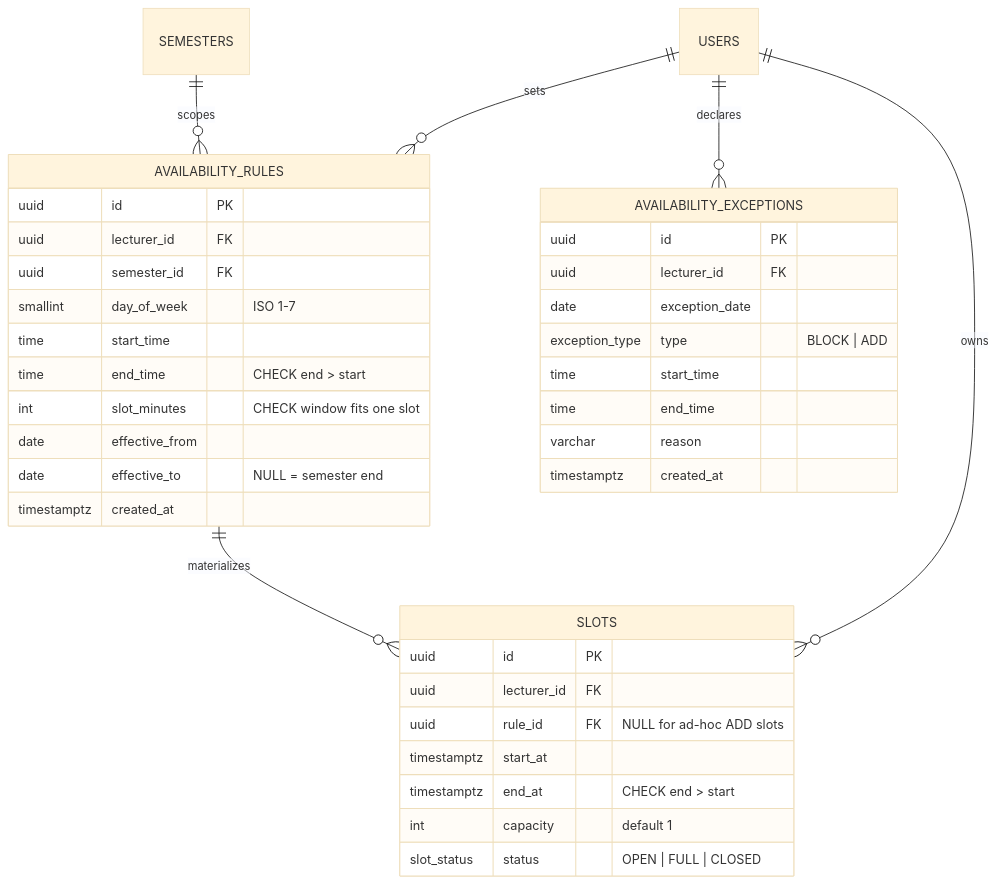
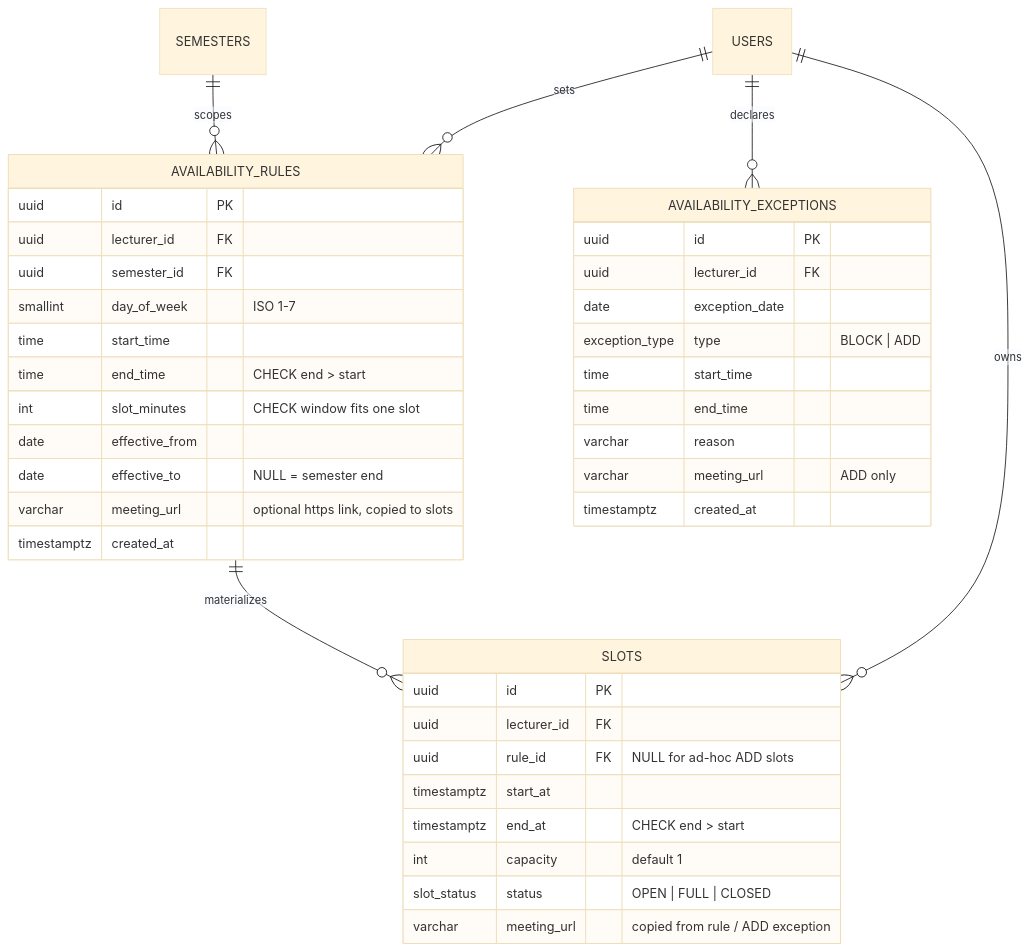
The third of 6 diagrams in docs/DB-SCHEMA-PROTOTYPE.md (thien-0408/office-hours), drawn with Mermaid (base theme) before and after one commit. The commit also changed other lines of this file and 9 other files, not shown here.

First line of the commit message:
docs: add meeting_url, UUID ids and error format to API and schema docs

````diff
--- a/docs/DB-SCHEMA-PROTOTYPE.md
+++ b/docs/DB-SCHEMA-PROTOTYPE.md
@@ -117,39 +117,42 @@
 ```mermaid
 erDiagram
     AVAILABILITY_RULES {
         uuid id PK
         uuid lecturer_id FK
         uuid semester_id FK
         smallint day_of_week "ISO 1-7"
         time start_time
         time end_time "CHECK end > start"
         int slot_minutes "CHECK window fits one slot"
         date effective_from
         date effective_to "NULL = semester end"
+        varchar meeting_url "optional https link, copied to slots"
         timestamptz created_at
     }
     AVAILABILITY_EXCEPTIONS {
         uuid id PK
         uuid lecturer_id FK
         date exception_date
         exception_type type "BLOCK | ADD"
         time start_time
         time end_time
         varchar reason
+        varchar meeting_url "ADD only"
         timestamptz created_at
     }
     SLOTS {
         uuid id PK
         uuid lecturer_id FK
         uuid rule_id FK "NULL for ad-hoc ADD slots"
         timestamptz start_at
         timestamptz end_at "CHECK end > start"
         int capacity "default 1"
         slot_status status "OPEN | FULL | CLOSED"
+        varchar meeting_url "copied from rule / ADD exception"
     }
     USERS ||--o{ AVAILABILITY_RULES : sets
     SEMESTERS ||--o{ AVAILABILITY_RULES : scopes
     USERS ||--o{ AVAILABILITY_EXCEPTIONS : declares
     AVAILABILITY_RULES ||--o{ SLOTS : materializes
     USERS ||--o{ SLOTS : owns
 ```
````
